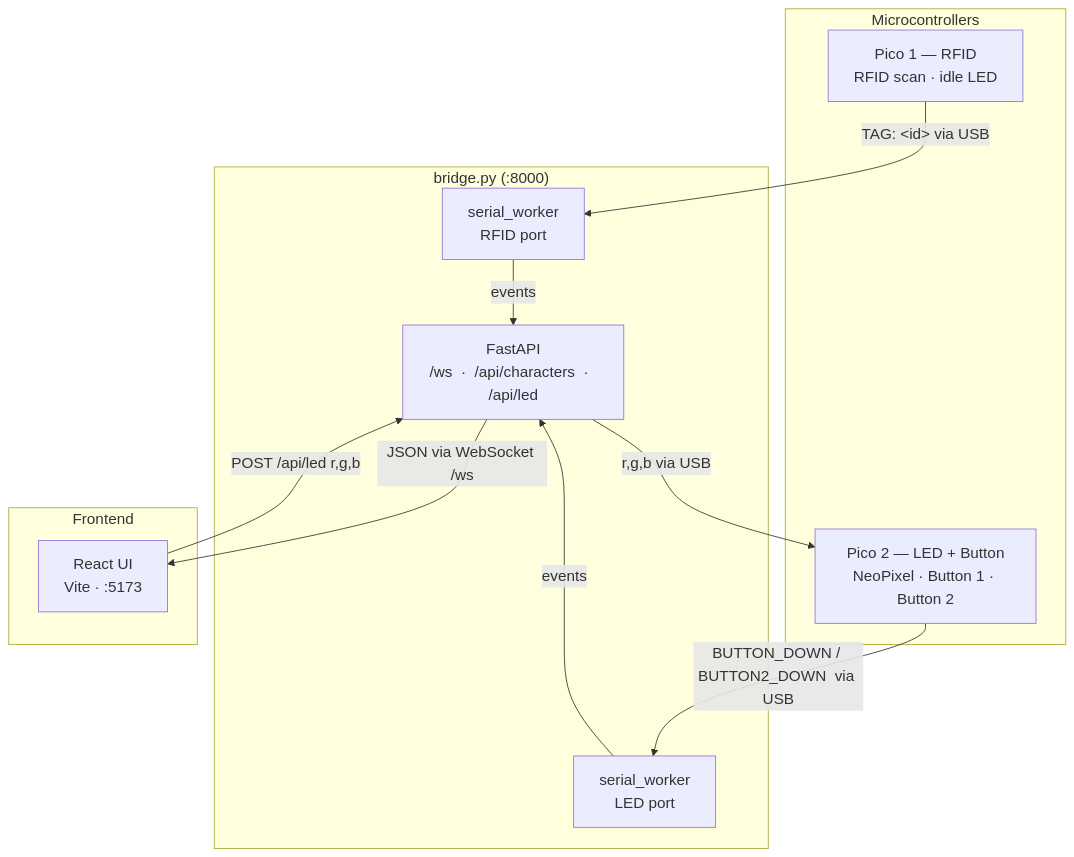
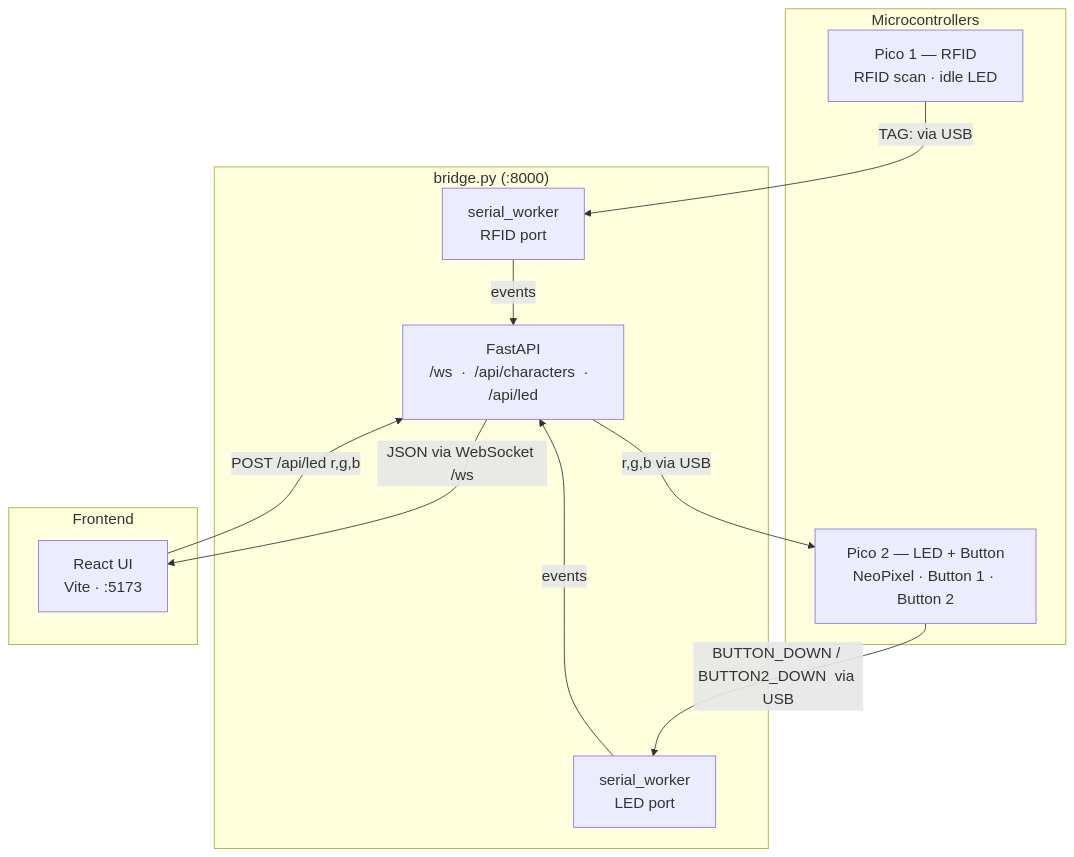
One commit to sachitsahoo/NU-Cornerstone-TF5-Project changed the first of 4 diagrams in README.md. Above: the diagram before and after it, drawn with Mermaid.

Commit message:
Update README.md for improved Mermaid diagram formatting

````diff
--- a/README.md
+++ b/README.md
@@ -11,25 +11,25 @@
 ```mermaid
 %%{init: {'themeVariables': {'fontSize': '18px'}}}%%
 flowchart TB
     subgraph Picos["  Microcontrollers  "]
-        P1["Pico 1 — RFID\nRFID scan · idle LED"]
-        P2["Pico 2 — LED + Button\nNeoPixel · Button 1 · Button 2"]
+        P1["Pico 1 — RFID<br>RFID scan · idle LED"]
+        P2["Pico 2 — LED + Button<br>NeoPixel · Button 1 · Button 2"]
     end
 
     subgraph Bk["  bridge.py  (:8000)  "]
-        SW1["serial_worker\nRFID port"]
-        SW2["serial_worker\nLED port"]
-        BRG["FastAPI\n/ws  ·  /api/characters  ·  /api/led"]
+        SW1["serial_worker<br>RFID port"]
+        SW2["serial_worker<br>LED port"]
+        BRG["FastAPI<br>/ws  ·  /api/characters  ·  /api/led"]
     end
 
     subgraph FE["  Frontend  "]
-        UI["React UI\nVite · :5173"]
+        UI["React UI<br>Vite · :5173"]
     end
 
-    P1 -- "TAG: &lt;id&gt;  via USB" --> SW1
+    P1 -- "TAG: <id>  via USB" --> SW1
     P2 -- "BUTTON_DOWN / BUTTON2_DOWN  via USB" --> SW2
     SW1 & SW2 -- "events" --> BRG
     BRG -- "JSON via WebSocket /ws" --> UI
     UI -- "POST /api/led  r,g,b" --> BRG
     BRG -- "r,g,b  via USB" --> P2
 ```
````
